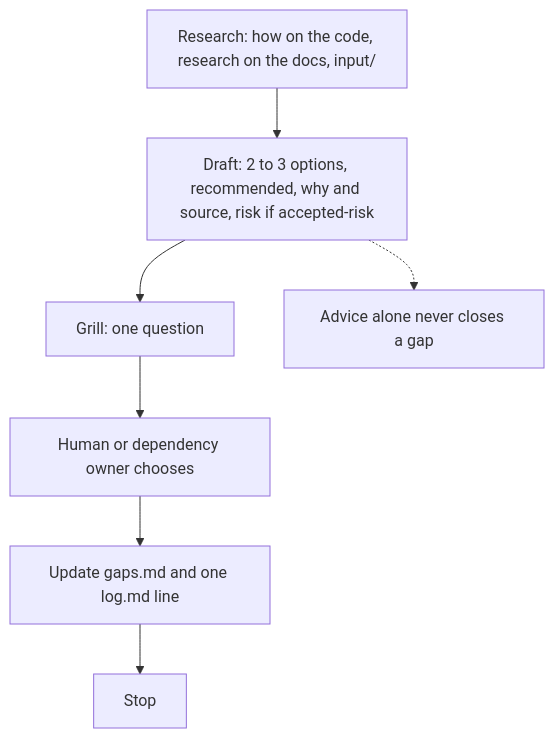
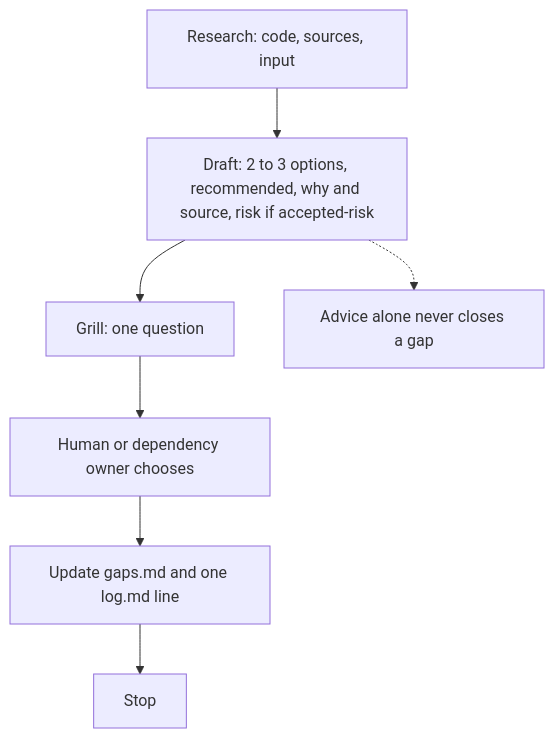
The first of 3 diagrams in plugins/productivity/README.md (svennijhuis/agentPacks), drawn with Mermaid before and after one commit. The commit also changed other lines of this file and 7 other files, not shown here.

````diff
--- a/plugins/productivity/README.md
+++ b/plugins/productivity/README.md
@@ -72,9 +72,9 @@
 ```mermaid
 flowchart TD
-  research["Research: how on the code, research on the docs, input/"] --> advice["Draft: 2 to 3 options, recommended, why and source, risk if accepted-risk"]
+  research["Research: code, sources, input"] --> advice["Draft: 2 to 3 options, recommended, why and source, risk if accepted-risk"]
   advice --> grill["Grill: one question"]
   grill --> choice["Human or dependency owner chooses"]
   choice --> record["Update gaps.md and one log.md line"]
   record --> halt["Stop"]
   advice -.-> never["Advice alone never closes a gap"]
 ```
````
